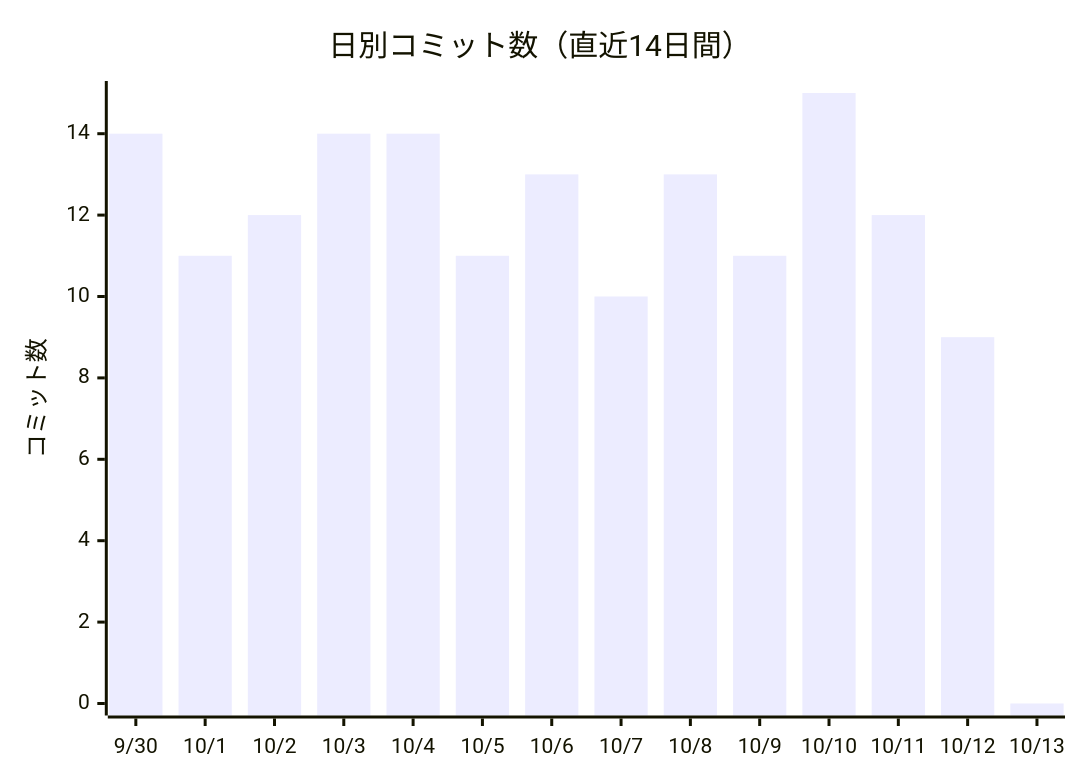
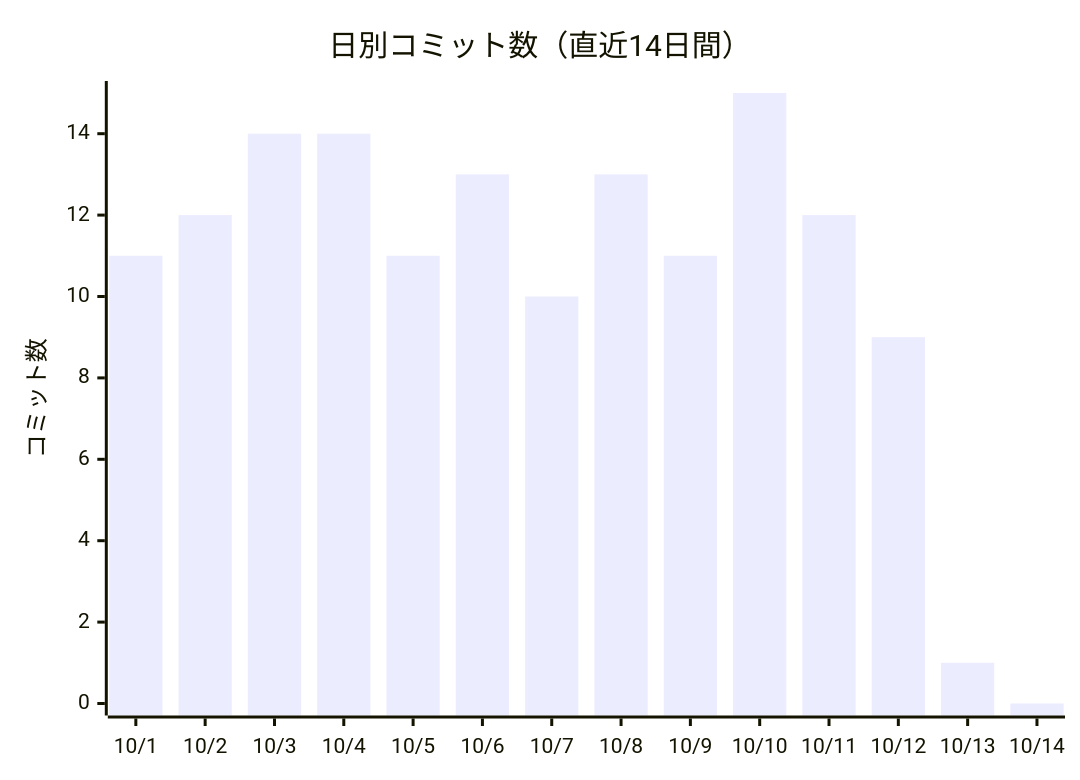
One commit to non-x2/non-x2 changed the first of 2 diagrams in docs/進化レポート.md. Above: the diagram before and after it, drawn with Mermaid. The commit also changed other lines of this file and 3 other files, not shown here.

````diff
--- a/docs/進化レポート.md
+++ b/docs/進化レポート.md
@@ -23,7 +23,7 @@
 ```mermaid
 xychart-beta
     title "日別コミット数（直近14日間）"
-    x-axis ["9/30", "10/1", "10/2", "10/3", "10/4", "10/5", "10/6", "10/7", "10/8", "10/9", "10/10", "10/11", "10/12", "10/13"]
+    x-axis ["10/1", "10/2", "10/3", "10/4", "10/5", "10/6", "10/7", "10/8", "10/9", "10/10", "10/11", "10/12", "10/13", "10/14"]
     y-axis "コミット数"
-    bar [14, 11, 12, 14, 14, 11, 13, 10, 13, 11, 15, 12, 9, 0]
+    bar [11, 12, 14, 14, 11, 13, 10, 13, 11, 15, 12, 9, 1, 0]
 ```
````
